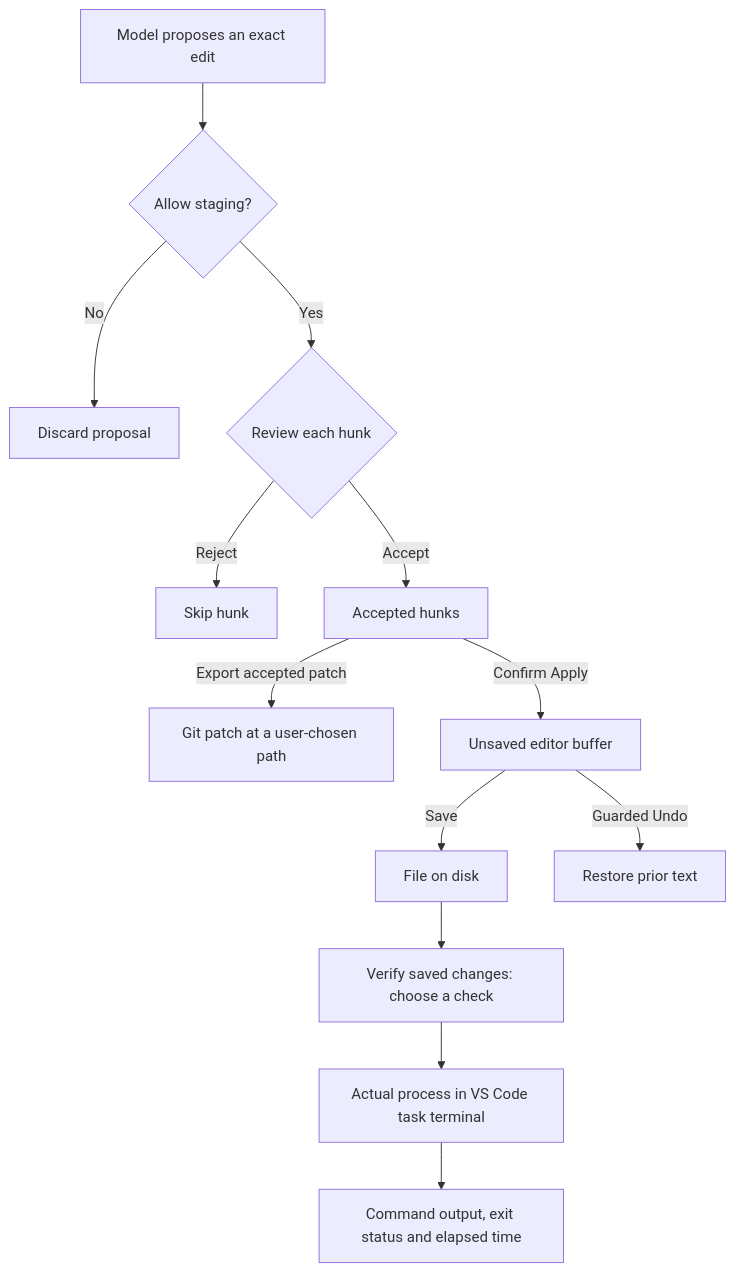
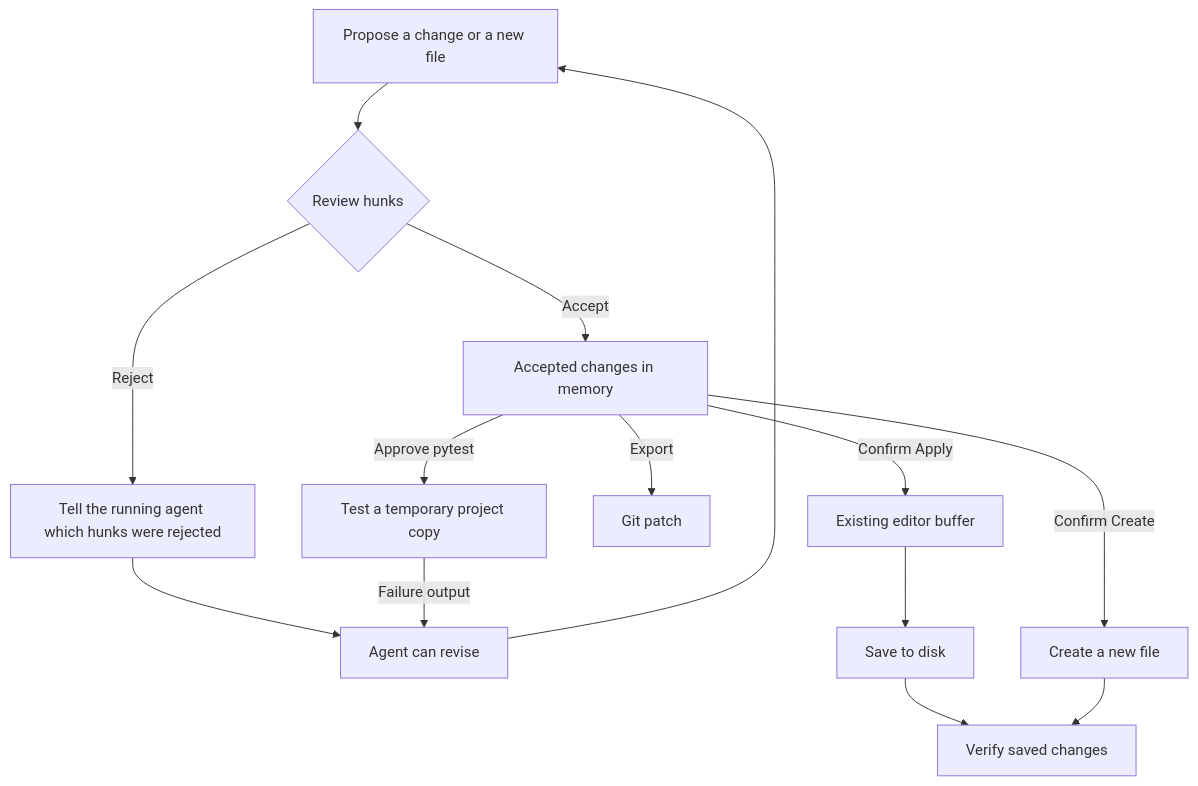
Before and after one commit to aceholland/forgelens: the second of 2 diagrams in README.md, drawn with Mermaid. The commit also changed other lines of this file and 36 other files, not shown here.

````diff
--- a/README.md
+++ b/README.md
@@ -74,15 +66,16 @@
 ```mermaid
 flowchart TD
-    Request["Model proposes an exact edit"] --> Stage{"Allow staging?"}
-    Stage -->|No| Drop["Discard proposal"]
-    Stage -->|Yes| Review{"Review each hunk"}
-    Review -->|Reject| Skip["Skip hunk"]
-    Review -->|Accept| Accepted["Accepted hunks"]
-    Accepted -->|Export accepted patch| Patch["Git patch at a user-chosen path"]
-    Accepted -->|Confirm Apply| Buffer["Unsaved editor buffer"]
-    Buffer -->|Save| Disk["File on disk"]
-    Buffer -->|Guarded Undo| Restore["Restore prior text"]
-    Disk --> Verify["Verify saved changes: choose a check"]
-    Verify --> Terminal["Actual process in VS Code task terminal"]
-    Terminal --> Result["Command output, exit status and elapsed time"]
+    Edit["Propose a change or a new file"] --> Hunk{"Review hunks"}
+    Hunk -->|Reject| Feedback["Tell the running agent which hunks were rejected"]
+    Hunk -->|Accept| Candidate["Accepted changes in memory"]
+    Feedback --> Agent["Agent can revise"]
+    Candidate -->|Approve pytest| Copy["Test a temporary project copy"]
+    Copy -->|Failure output| Agent
+    Agent --> Edit
+    Candidate -->|Export| Patch["Git patch"]
+    Candidate -->|Confirm Apply| Buffer["Existing editor buffer"]
+    Buffer --> Save["Save to disk"]
+    Candidate -->|Confirm Create| New["Create a new file"]
+    Save --> Verify["Verify saved changes"]
+    New --> Verify
 ```
````
